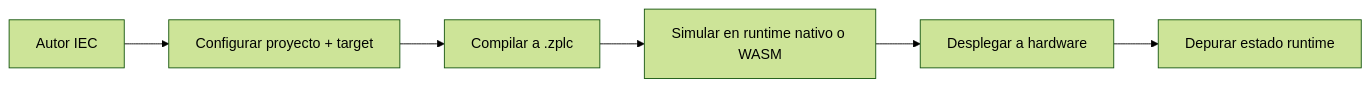
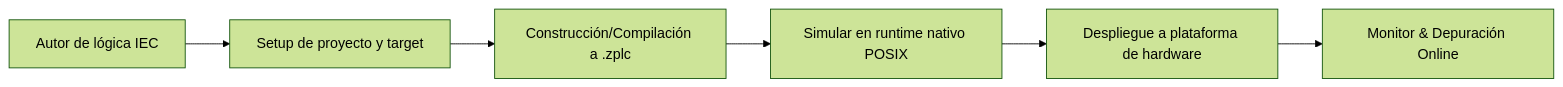
The diagram in docs/i18n/es/docusaurus-plugin-content-docs/current/ide/index.md (eduardojvieira/ZPLC), drawn with Mermaid (forest theme) before and after one commit. The commit also changed other lines of this file and 55 other files, not shown here.

````diff
--- a/docs/i18n/es/docusaurus-plugin-content-docs/current/ide/index.md
+++ b/docs/i18n/es/docusaurus-plugin-content-docs/current/ide/index.md
@@ -24,8 +26,8 @@
 ```mermaid
 flowchart LR
-  Autor[Autor IEC] --> Config[Configurar proyecto + target]
-  Config --> Compile[Compilar a .zplc]
-  Compile --> Sim[Simular en runtime nativo o WASM]
-  Sim --> Deploy[Desplegar a hardware]
-  Deploy --> Debug[Depurar estado runtime]
+  Author[Autor de lógica IEC] --> Config[Setup de proyecto y target]
+  Config --> Compile[Construcción/Compilación a .zplc]
+  Compile --> Sim[Simular en runtime nativo POSIX]
+  Sim --> Deploy[Despliegue a plataforma de hardware]
+  Deploy --> Debug[Monitor & Depuración Online]
 ```
````
